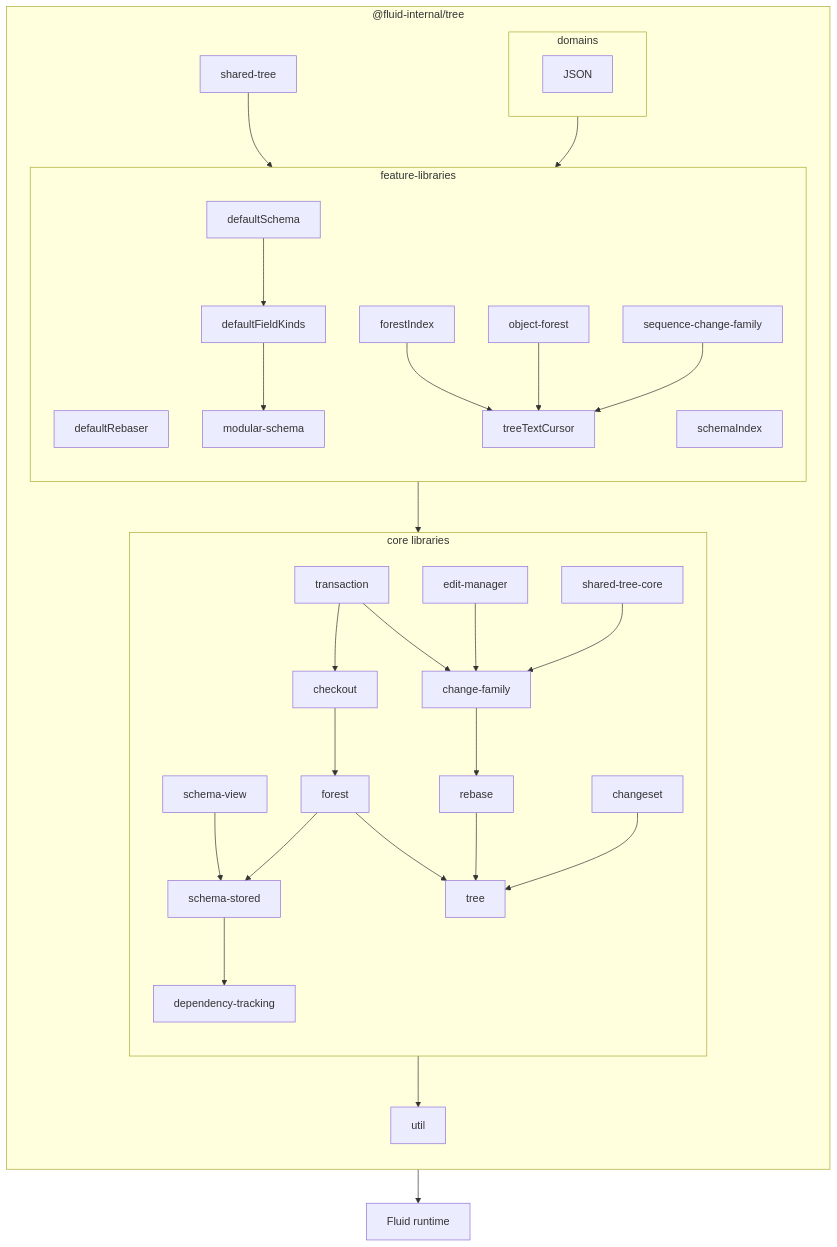
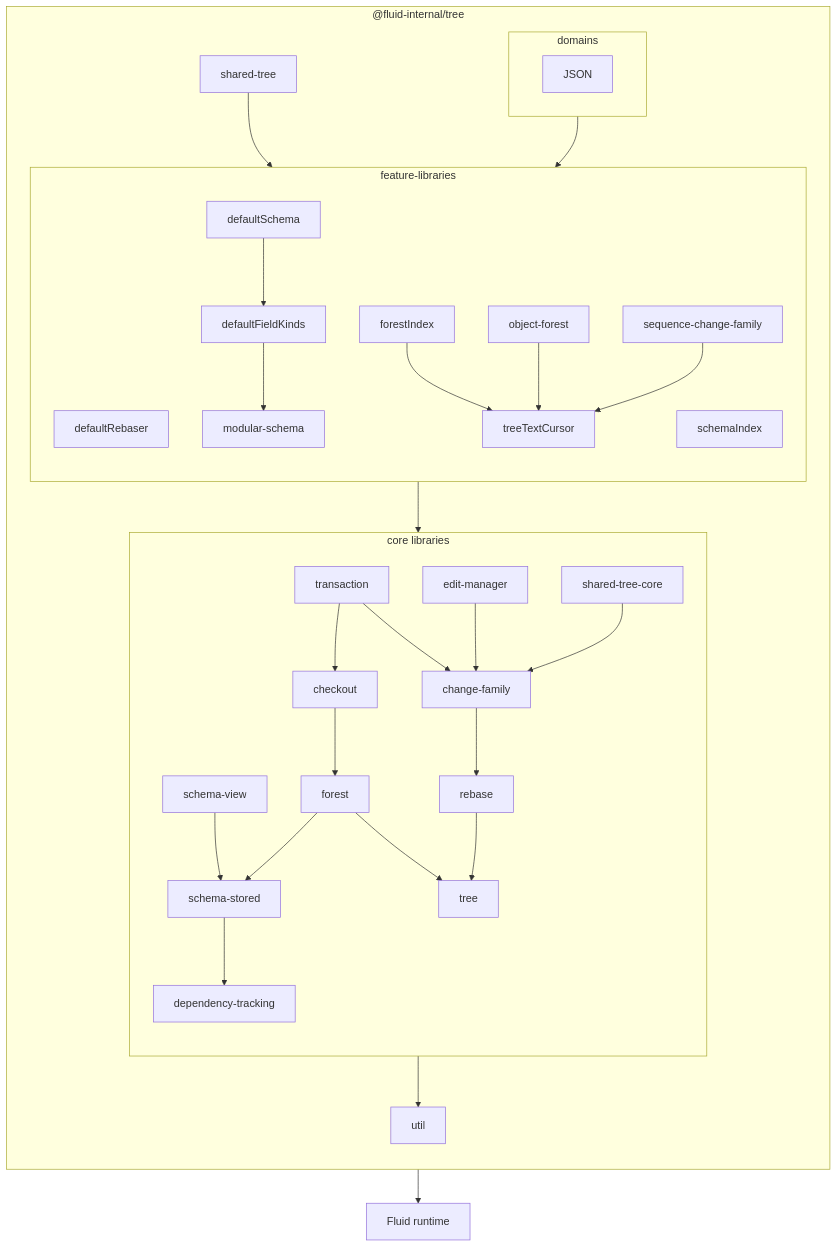
Before and after one commit to microsoft/FluidFramework: the sixth of 6 diagrams in packages/dds/tree/README.md, drawn with Mermaid. The commit also changed other lines of this file and 24 other files, not shown here.

Commit message:
Tree: move changeset into sequence-change-family

````diff
--- a/packages/dds/tree/README.md
+++ b/packages/dds/tree/README.md
@@ -283,41 +283,40 @@
 ```mermaid
 flowchart
     direction TB
     subgraph package ["@fluid-internal/tree"]
         direction TB
         subgraph core ["core libraries"]
             direction TB
             checkout-->forest
             shared-tree-core-->change-family
             forest-->schema-stored
             change-family-->rebase
-            changeset-->tree
             edit-manager-->change-family
             rebase-->tree
             schema-stored-->dependency-tracking
             schema-view-->schema-stored
             transaction-->change-family
             transaction-->checkout
             dependency-tracking
             forest-->tree
         end
         core-->util
         feature-->core
         shared-tree-->feature
         subgraph feature ["feature-libraries"]
             direction TB
             defaultRebaser
             defaultSchema-->defaultFieldKinds-->modular-schema
             forestIndex-->treeTextCursor
             modular-schema
             object-forest-->treeTextCursor
             schemaIndex
             sequence-change-family-->treeTextCursor
         end
         subgraph domains
             JSON
         end
         domains-->feature
     end
     package-->runtime["Fluid runtime"]
 ```
````
